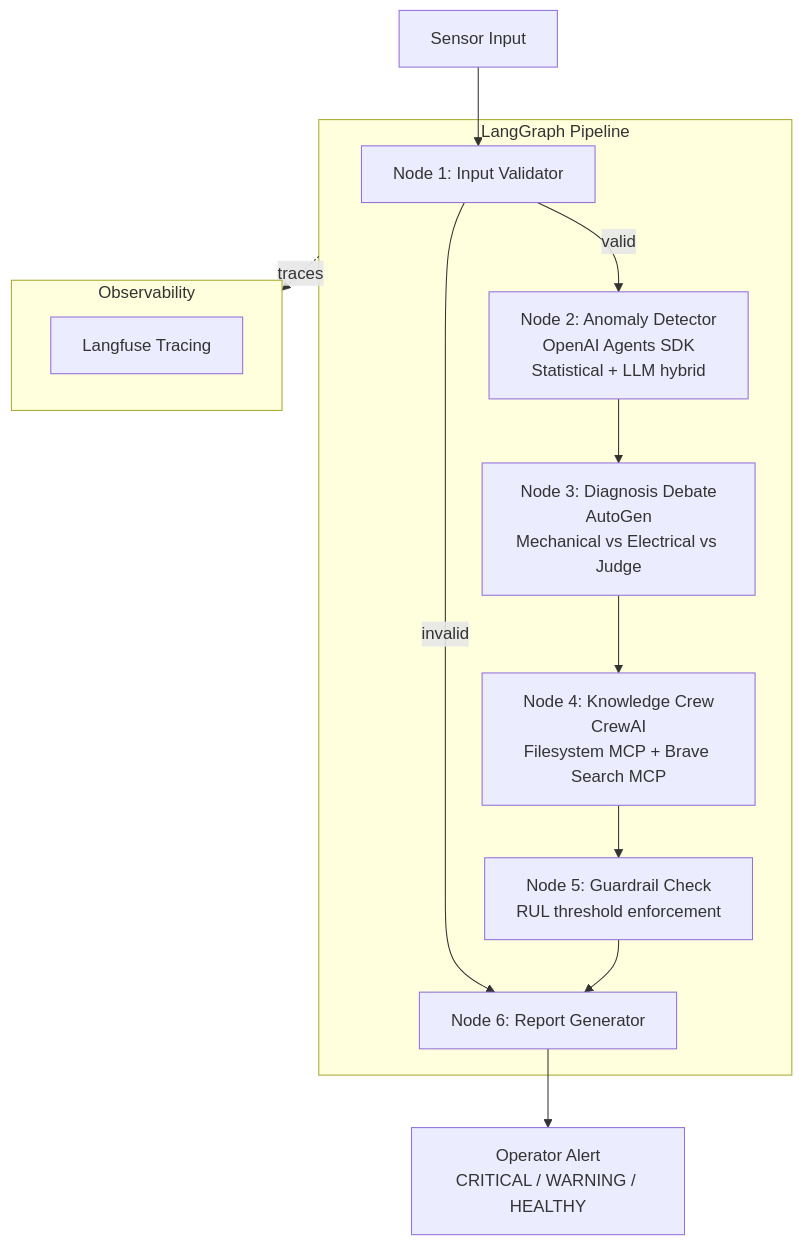
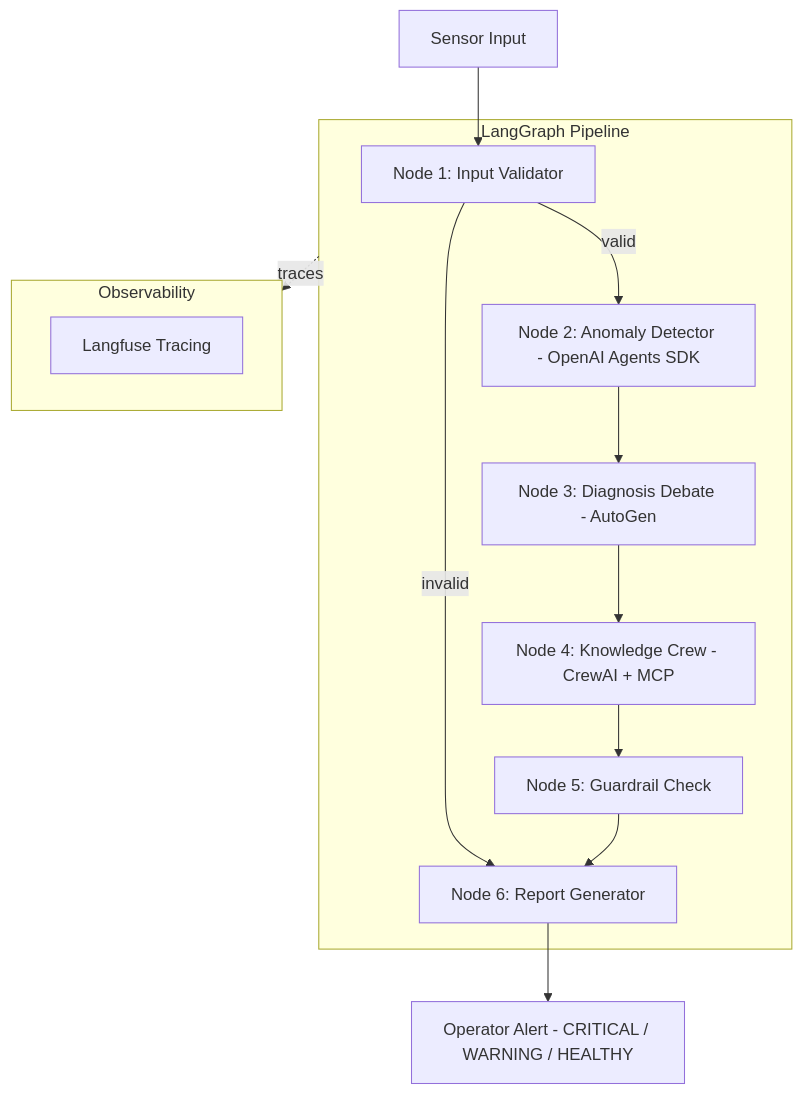
Before and after one commit to HalimehAgh/predictive-maintenance-agent: the diagram in README.md, drawn with Mermaid.

Commit message:
Remove enter from  Mermaid node lables

````diff
--- a/README.md
+++ b/README.md
@@ -7,27 +7,22 @@
 ```mermaid
 flowchart TD
     A[Sensor Input] --> B
 
     subgraph Pipeline[LangGraph Pipeline]
         B[Node 1: Input Validator] -->|valid| C
         B -->|invalid| F
-
-        C[Node 2: Anomaly Detector\nOpenAI Agents SDK\nStatistical + LLM hybrid] --> D
-
-        D[Node 3: Diagnosis Debate\nAutoGen\nMechanical vs Electrical vs Judge] --> E
-
-        E[Node 4: Knowledge Crew\nCrewAI\nFilesystem MCP + Brave Search MCP] --> G
-
-        G[Node 5: Guardrail Check\nRUL threshold enforcement] --> F
-
+        C[Node 2: Anomaly Detector - OpenAI Agents SDK] --> D
+        D[Node 3: Diagnosis Debate - AutoGen] --> E
+        E[Node 4: Knowledge Crew - CrewAI + MCP] --> G
+        G[Node 5: Guardrail Check] --> F
         F[Node 6: Report Generator]
     end
 
-    F --> H[Operator Alert\nCRITICAL / WARNING / HEALTHY]
+    F --> H[Operator Alert - CRITICAL / WARNING / HEALTHY]
 
     subgraph Obs[Observability]
         I[Langfuse Tracing]
     end
 
     Pipeline -.->|traces| Obs
 ```
````
